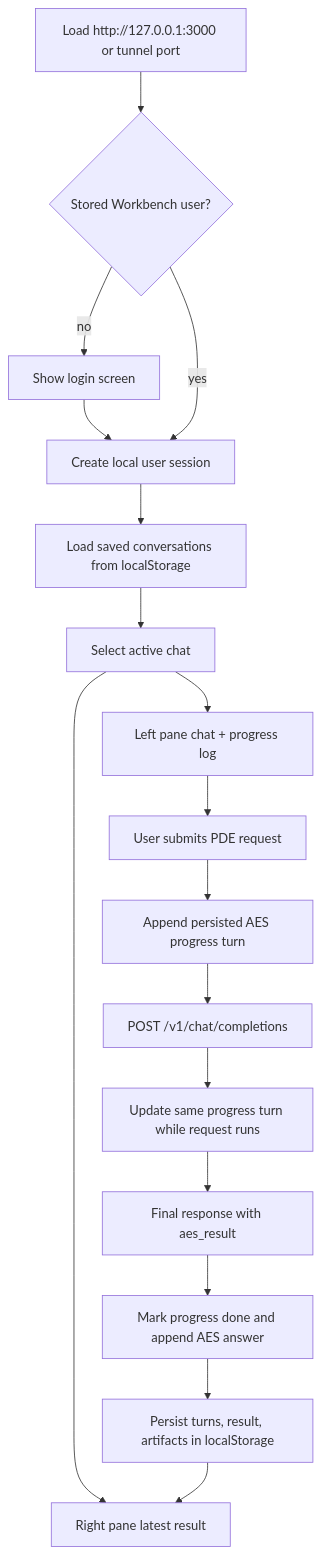
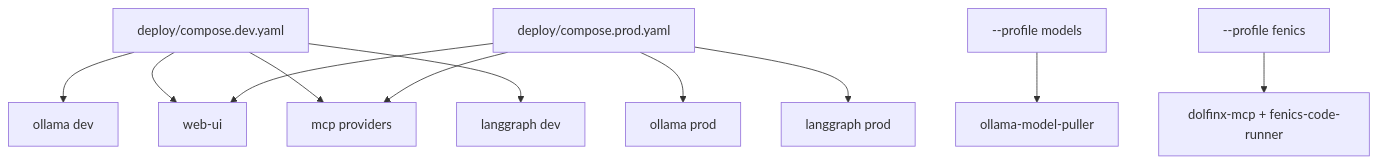
The ninth of 9 diagrams in docs/architecture.md (RadmirG/AES), drawn with Mermaid before and after one commit. The commit also changed other lines of this file and 12 other files, not shown here.

Commit message:
New architecture.md for each project and python code checker

````diff
--- a/docs/architecture.md
+++ b/docs/architecture.md
@@ -311,19 +215,15 @@
 ```mermaid
 flowchart TD
-    A["Load http://127.0.0.1:3000 or tunnel port"] --> B{"Stored Workbench user?"}
-    B -->|no| C["Show login screen"]
-    C --> D["Create local user session"]
-    B -->|yes| D
-    D --> E["Load saved conversations from localStorage"]
-    E --> F["Select active chat"]
-    F --> G["Left pane chat + progress log"]
-    F --> H["Right pane latest result"]
-    G --> I["User submits PDE request"]
-    I --> J["Append persisted AES progress turn"]
-    J --> K["POST /v1/chat/completions"]
-    K --> L["Update same progress turn while request runs"]
-    L --> M["Final response with aes_result"]
-    M --> N["Mark progress done and append AES answer"]
-    N --> O["Persist turns, result, artifacts in localStorage"]
-    O --> H
+    A["deploy/compose.dev.yaml"] --> B["ollama dev"]
+    A --> C["web-ui"]
+    A --> D["mcp providers"]
+    A --> E["langgraph dev"]
+
+    F["deploy/compose.prod.yaml"] --> G["ollama prod"]
+    F --> C
+    F --> D
+    F --> H["langgraph prod"]
+
+    I["--profile models"] --> J["ollama-model-puller"]
+    K["--profile fenics"] --> L["dolfinx-mcp + fenics-code-runner"]
 ```
````
